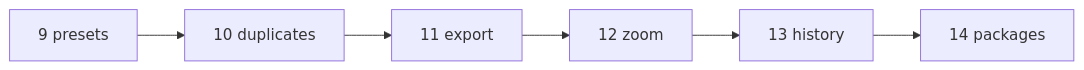
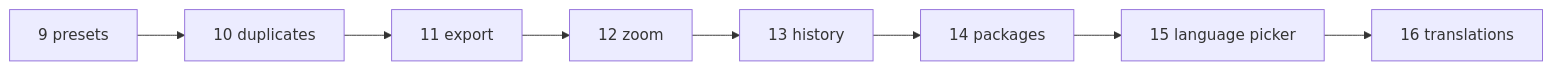
One commit to Handy-Wibowo/DiskQuilt changed the diagram in docs/PLAN-NEXT.md. Above: the diagram before and after it, drawn with Mermaid. The commit also changed other lines of this file and 1 other file, not shown here.

First line of the commit message:
docs: plan the language picker and six new translations

````diff
--- a/docs/PLAN-NEXT.md
+++ b/docs/PLAN-NEXT.md
@@ -33,8 +35,10 @@
 ```mermaid
 flowchart LR
   P9[9 presets] --> P10[10 duplicates]
   P10 --> P11[11 export]
   P11 --> P12[12 zoom]
   P12 --> P13[13 history]
   P13 --> P14[14 packages]
+  P14 --> P15[15 language picker]
+  P15 --> P16[16 translations]
 ```
````
